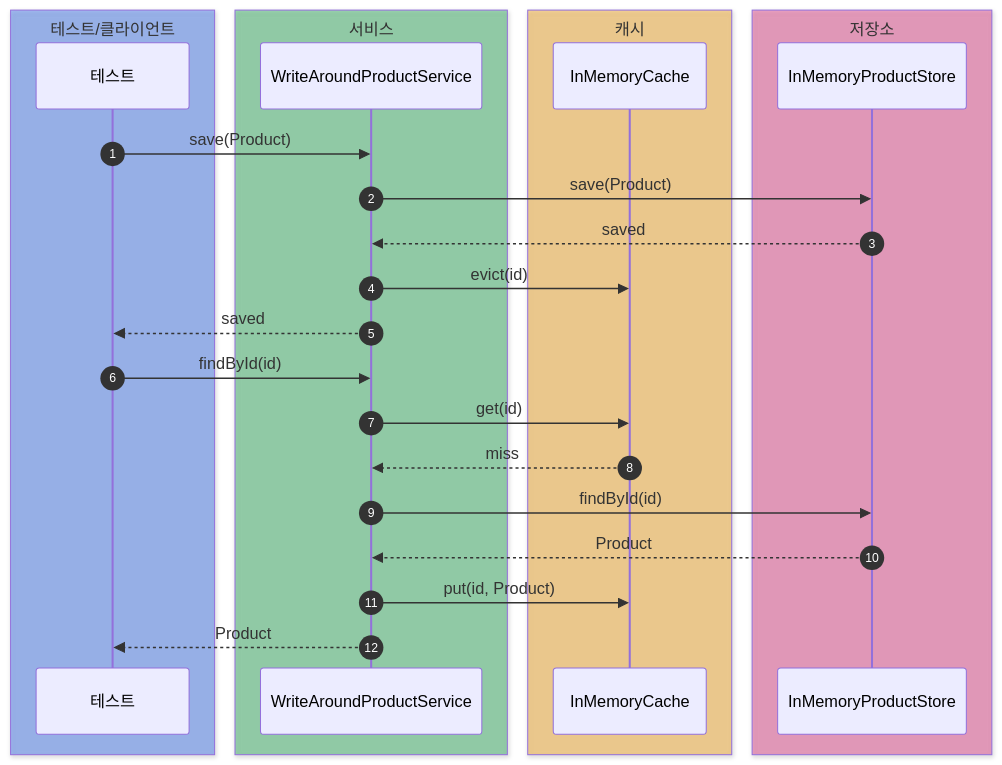
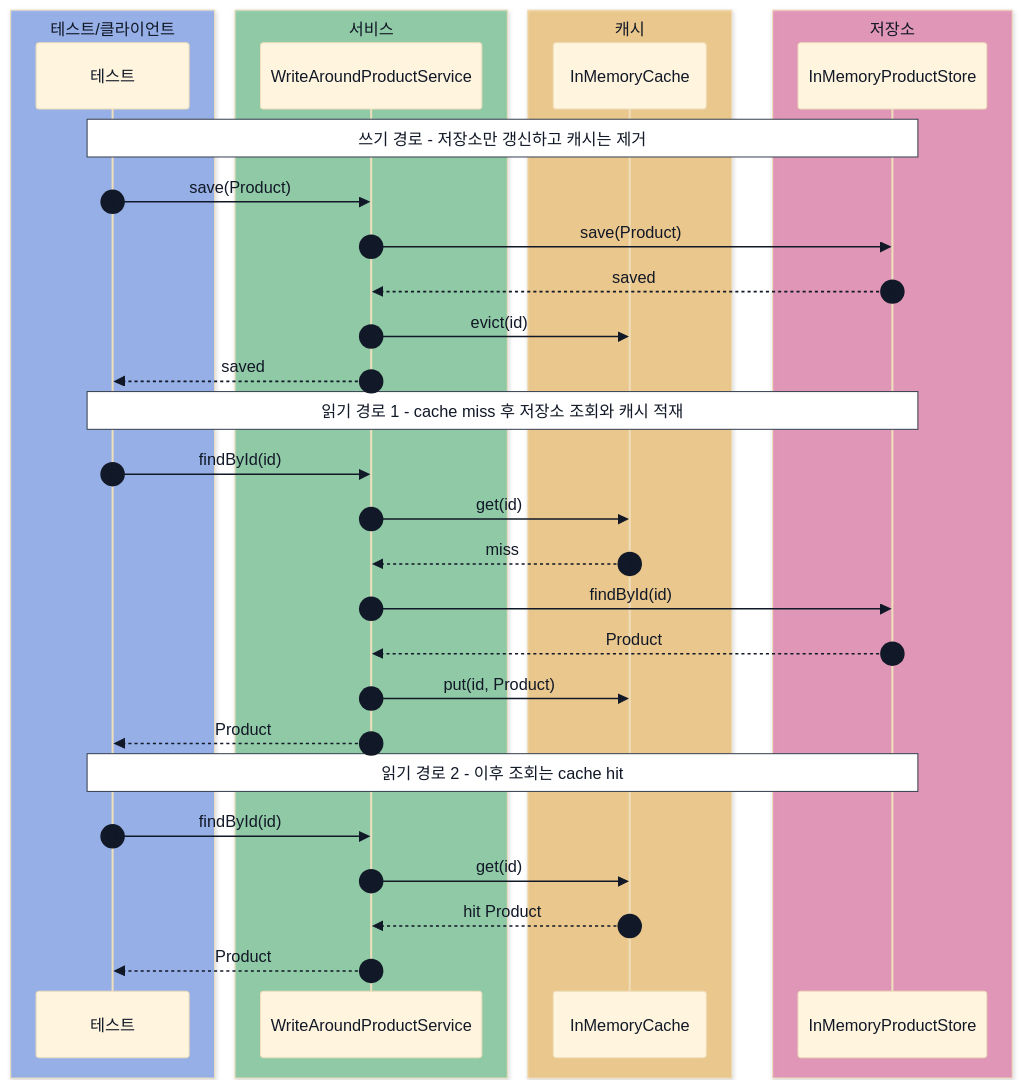
Before and after one commit to HJC96/deep-dive: the fifth of 6 diagrams in labs/cache-patterns/README.md, drawn with Mermaid. The commit also changed other lines of this file and 10 other files, not shown here.

````diff
--- a/labs/cache-patterns/README.md
+++ b/labs/cache-patterns/README.md
@@ -378,30 +395,39 @@
 ```mermaid
+%%{init: {"theme": "base", "themeVariables": {"primaryTextColor": "#111827", "secondaryTextColor": "#111827", "tertiaryTextColor": "#111827", "actorTextColor": "#111827", "signalTextColor": "#111827", "labelTextColor": "#111827", "noteTextColor": "#111827", "noteBkgColor": "#ffffff", "noteBorderColor": "#374151", "sequenceNumberColor": "#111827"}}}%%
 sequenceDiagram
     autonumber
     box rgba(37, 99, 235, 0.40) 테스트/클라이언트
     participant Test as 테스트
     end
     box rgba(22, 163, 74, 0.40) 서비스
     participant Service as WriteAroundProductService
     end
     box rgba(245, 158, 11, 0.40) 캐시
     participant Cache as InMemoryCache
     end
     box rgba(219, 39, 119, 0.40) 저장소
     participant Store as InMemoryProductStore
     end
 
+    Note over Test,Store: 쓰기 경로 - 저장소만 갱신하고 캐시는 제거
     Test->>Service: save(Product)
     Service->>Store: save(Product)
     Store-->>Service: saved
     Service->>Cache: evict(id)
     Service-->>Test: saved
 
+    Note over Test,Store: 읽기 경로 1 - cache miss 후 저장소 조회와 캐시 적재
     Test->>Service: findById(id)
     Service->>Cache: get(id)
     Cache-->>Service: miss
     Service->>Store: findById(id)
     Store-->>Service: Product
     Service->>Cache: put(id, Product)
     Service-->>Test: Product
+
+    Note over Test,Store: 읽기 경로 2 - 이후 조회는 cache hit
+    Test->>Service: findById(id)
+    Service->>Cache: get(id)
+    Cache-->>Service: hit Product
+    Service-->>Test: Product
 ```
````
